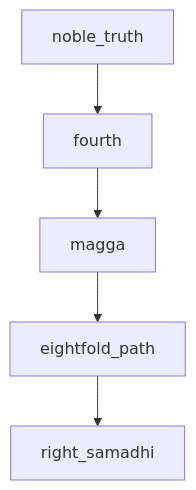
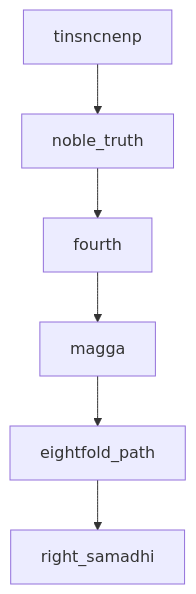
The third of 3 diagrams in docs/mind_ground.md (shane0/buddhism), drawn with Mermaid before and after one commit. The commit also changed other lines of this file and 9 other files, not shown here.

Commit message:
docs(mg): mind ground diagrams

````diff
--- a/docs/mind_ground.md
+++ b/docs/mind_ground.md
@@ -10,12 +97,14 @@
 ```mermaid
 graph TD
+tinsncnenp
+-->
 noble_truth
 -->
-fourth 
+fourth
 --> 
 magga  
 --> 
 eightfold_path 
 --> 
 right_samadhi
 ```
````
